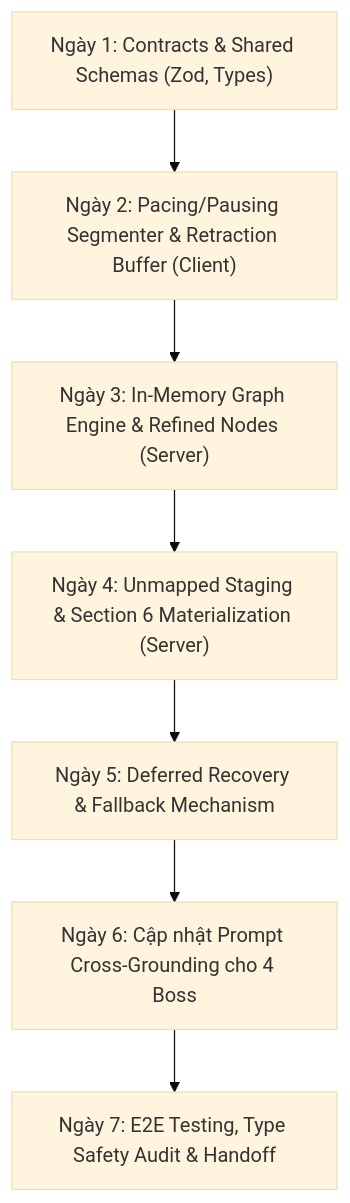
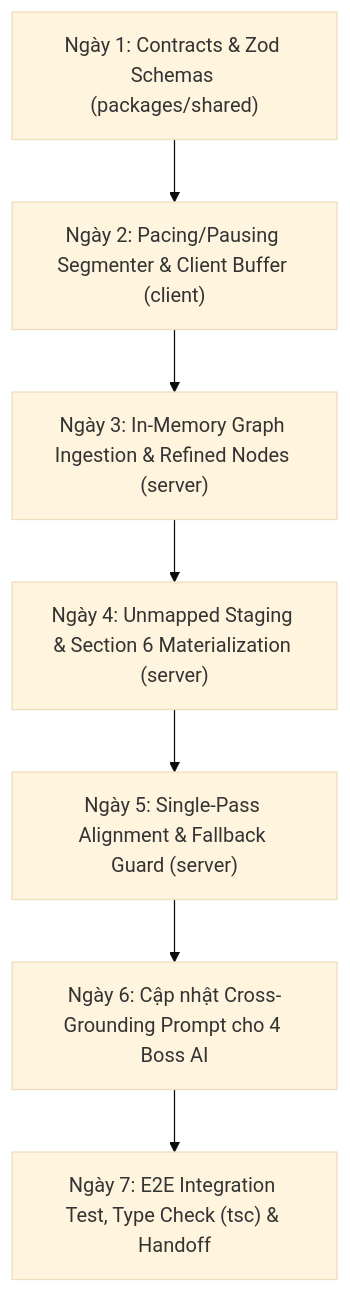
One commit to n22tk05/PitchArea changed the diagram in docs/prds/PRD_SPRINT_2_REALTIME_PITCH_RAG.md. Above: the diagram before and after it, drawn with Mermaid (base theme). The commit also changed other lines of this file and 1 other file, not shown here.

Commit message:
docs: finalize Sprint 2 GraphRAG PRD with advanced elicitation improvements

````diff
--- a/docs/prds/PRD_SPRINT_2_REALTIME_PITCH_RAG.md
+++ b/docs/prds/PRD_SPRINT_2_REALTIME_PITCH_RAG.md
@@ -99,9 +168,9 @@
 ```mermaid
 flowchart TD
-    D1["Ngày 1: Contracts & Shared Schemas (Zod, Types)"] --> D2["Ngày 2: Pacing/Pausing Segmenter & Retraction Buffer (Client)"]
-    D2 --> D3["Ngày 3: In-Memory Graph Engine & Refined Nodes (Server)"]
-    D3 --> D4["Ngày 4: Unmapped Staging & Section 6 Materialization (Server)"]
-    D4 --> D5["Ngày 5: Deferred Recovery & Fallback Mechanism"]
-    D5 --> D6["Ngày 6: Cập nhật Prompt Cross-Grounding cho 4 Boss"]
-    D6 --> D7["Ngày 7: E2E Testing, Type Safety Audit & Handoff"]
+    D1["Ngày 1: Contracts & Zod Schemas (packages/shared)"] --> D2["Ngày 2: Pacing/Pausing Segmenter & Client Buffer (client)"]
+    D2 --> D3["Ngày 3: In-Memory Graph Ingestion & Refined Nodes (server)"]
+    D3 --> D4["Ngày 4: Unmapped Staging & Section 6 Materialization (server)"]
+    D4 --> D5["Ngày 5: Single-Pass Alignment & Fallback Guard (server)"]
+    D5 --> D6["Ngày 6: Cập nhật Cross-Grounding Prompt cho 4 Boss AI"]
+    D6 --> D7["Ngày 7: E2E Integration Test, Type Check (tsc) & Handoff"]
 ```
````
